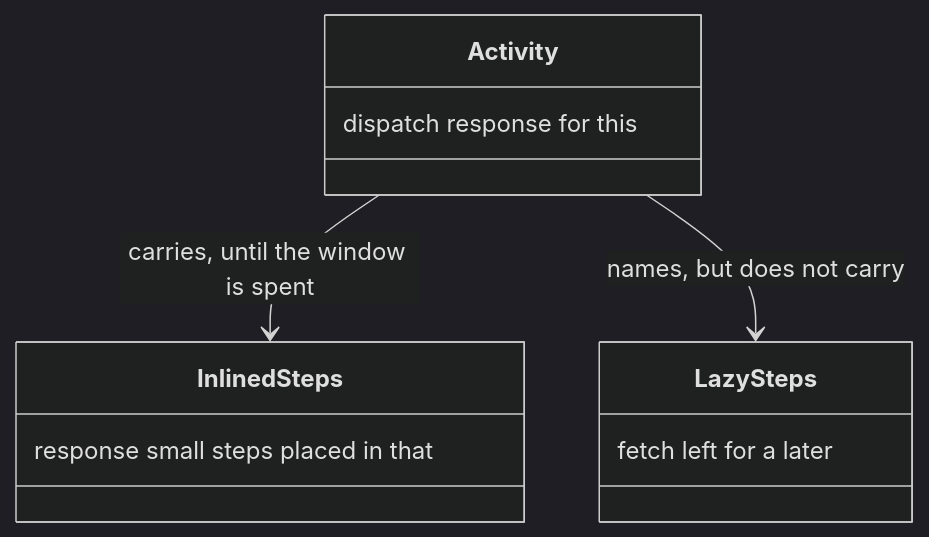
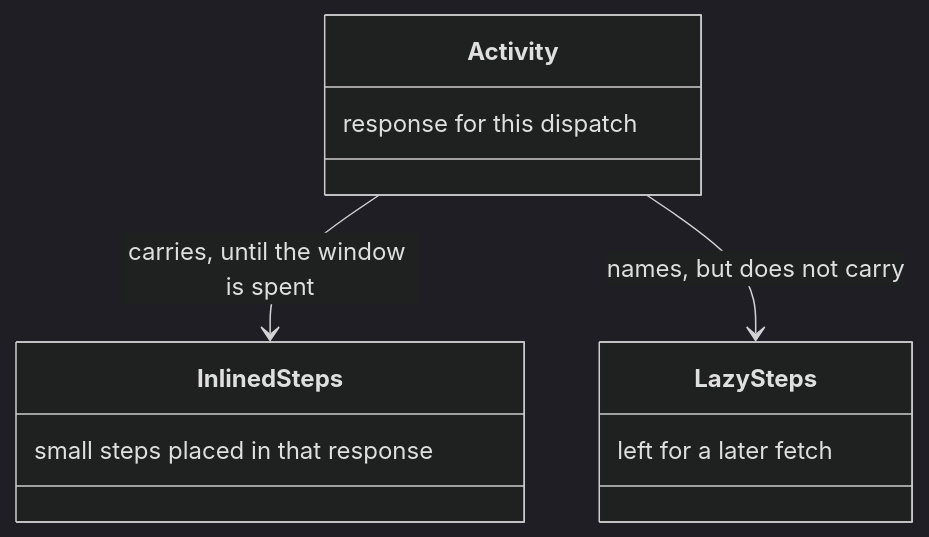
Diagram 20 of 26 in docs/delivery.md (m2ux/workflow-server), drawn with Mermaid (dark theme) before and after one commit. The commit also changed other lines of this file and 10 other files, not shown here.

Commit message:
Write each class-box note in reading order so the diagram shows the phrase as written.

````diff
--- a/docs/delivery.md
+++ b/docs/delivery.md
@@ -500,14 +500,14 @@
 ```mermaid
 classDiagram
   class Activity {
-    dispatch response for this
+    response for this dispatch
   }
   class InlinedSteps {
-    response small steps placed in that
+    small steps placed in that response
   }
   class LazySteps {
-    fetch left for a later
+    left for a later fetch
   }
   Activity --> InlinedSteps : carries, until the window is spent
   Activity --> LazySteps : names, but does not carry
 ```
````
